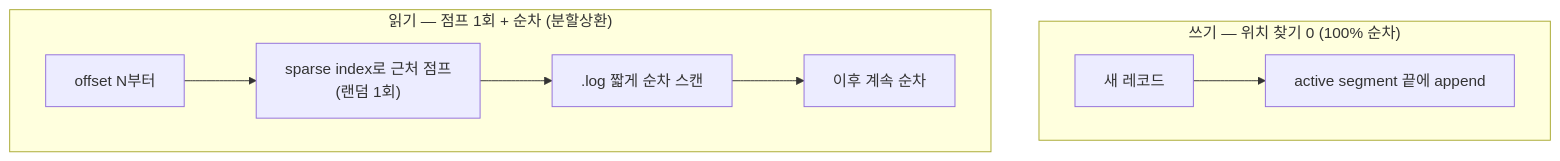
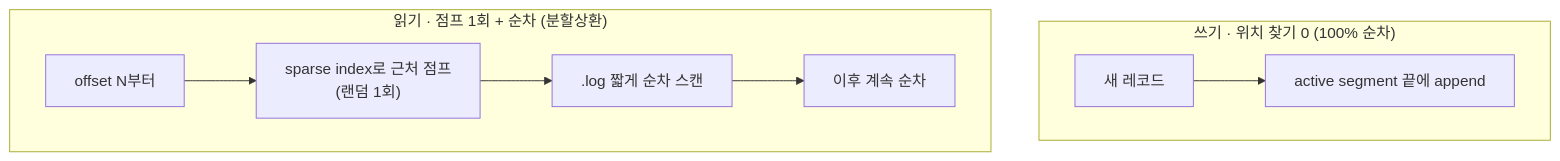
Before and after one commit to ghtjr410/kafka-lab: the first of 4 diagrams in docs/book/1-internals/08-storage-engine.md, drawn with Mermaid. The commit also changed other lines of this file and 25 other files, not shown here.

````diff
--- a/docs/book/1-internals/08-storage-engine.md
+++ b/docs/book/1-internals/08-storage-engine.md
@@ -32,11 +32,11 @@
 ```mermaid
 graph TB
-    subgraph WRITE["쓰기 — 위치 찾기 0 (100% 순차)"]
+    subgraph WRITE["쓰기 · 위치 찾기 0 (100% 순차)"]
         direction LR
         W["새 레코드"] --> WT["active segment 끝에 append"]
     end
-    subgraph READ["읽기 — 점프 1회 + 순차 (분할상환)"]
+    subgraph READ["읽기 · 점프 1회 + 순차 (분할상환)"]
         direction LR
         R["offset N부터"] --> RI["sparse index로 근처 점프<br/>(랜덤 1회)"] --> RS[".log 짧게 순차 스캔"] --> RC["이후 계속 순차"]
     end
 ```
````
